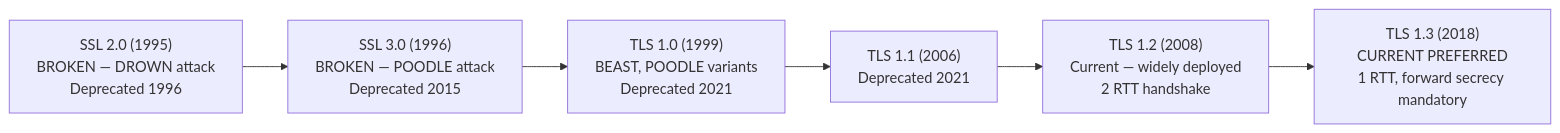
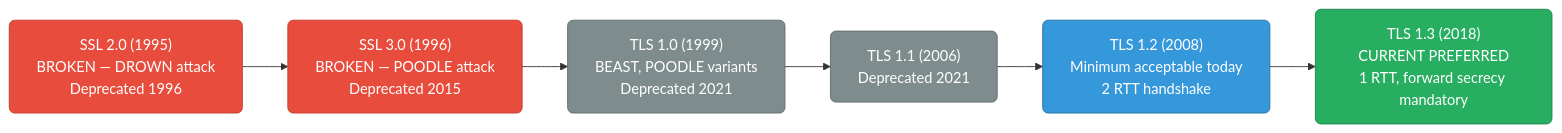
The fifth of 13 diagrams in networking/tls-encryption.md (deepanshu-rawat6/DevOpsIndex), drawn with Mermaid before and after one commit. The commit also changed other lines of this file and 8 other files, not shown here.

````diff
--- a/networking/tls-encryption.md
+++ b/networking/tls-encryption.md
@@ -131,9 +167,14 @@
 ```mermaid
 graph LR
-    SSL2["SSL 2.0 (1995)<br>BROKEN — DROWN attack<br>Deprecated 1996"] --> SSL3
-    SSL3["SSL 3.0 (1996)<br>BROKEN — POODLE attack<br>Deprecated 2015"] --> TLS10
-    TLS10["TLS 1.0 (1999)<br>BEAST, POODLE variants<br>Deprecated 2021"] --> TLS11
-    TLS11["TLS 1.1 (2006)<br>Deprecated 2021"] --> TLS12
-    TLS12["TLS 1.2 (2008)<br>Current — widely deployed<br>2 RTT handshake"] --> TLS13
-    TLS13["TLS 1.3 (2018)<br>CURRENT PREFERRED<br>1 RTT, forward secrecy mandatory"]
+    classDef broken fill:#e74c3c,stroke:#c0392b,color:#fff,rx:6
+    classDef deprecated fill:#7f8c8d,stroke:#616a6b,color:#fff,rx:6
+    classDef current fill:#3498db,stroke:#2471a3,color:#fff,rx:6
+    classDef preferred fill:#27ae60,stroke:#1e8449,color:#fff,rx:6
+
+    SSL2["SSL 2.0 (1995)<br/>BROKEN — DROWN attack<br/>Deprecated 1996"]:::broken --> SSL3
+    SSL3["SSL 3.0 (1996)<br/>BROKEN — POODLE attack<br/>Deprecated 2015"]:::broken --> TLS10
+    TLS10["TLS 1.0 (1999)<br/>BEAST, POODLE variants<br/>Deprecated 2021"]:::deprecated --> TLS11
+    TLS11["TLS 1.1 (2006)<br/>Deprecated 2021"]:::deprecated --> TLS12
+    TLS12["TLS 1.2 (2008)<br/>Minimum acceptable today<br/>2 RTT handshake"]:::current --> TLS13
+    TLS13["TLS 1.3 (2018)<br/>CURRENT PREFERRED<br/>1 RTT, forward secrecy mandatory"]:::preferred
 ```
````
